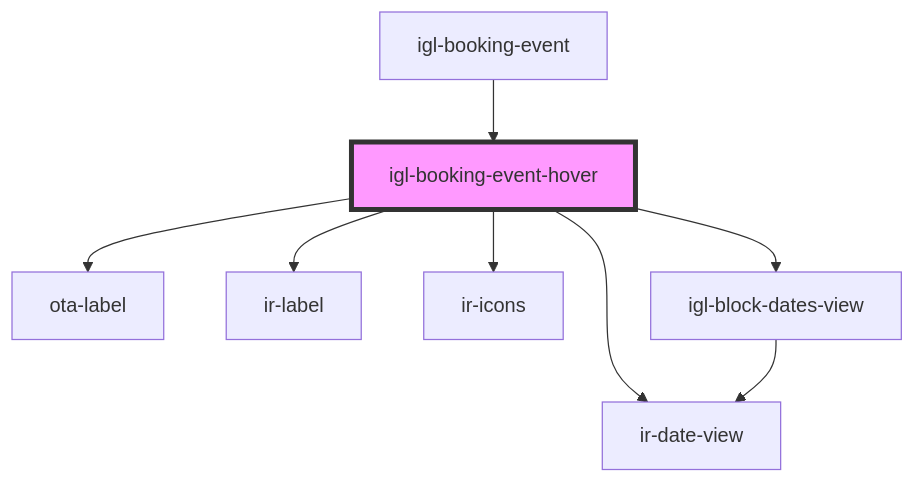
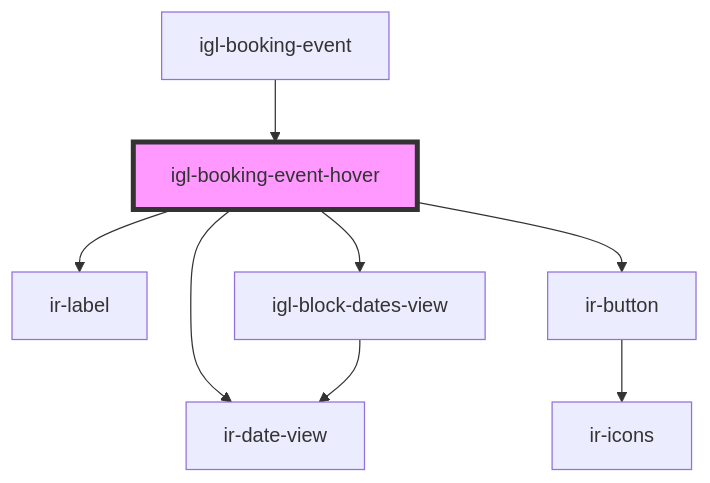
Before and after one commit to RonyRizk/ir-webcmp: the diagram in src/components/igloo-calendar/igl-booking-event-hover/readme.md, drawn with Mermaid. The commit also changed other lines of this file and 293 other files, not shown here.

````diff
--- a/src/components/igloo-calendar/igl-booking-event-hover/readme.md
+++ b/src/components/igloo-calendar/igl-booking-event-hover/readme.md
@@ -44,11 +44,11 @@
 ```mermaid
 graph TD;
-  igl-booking-event-hover --> ota-label
   igl-booking-event-hover --> ir-date-view
   igl-booking-event-hover --> ir-label
-  igl-booking-event-hover --> ir-icons
+  igl-booking-event-hover --> ir-button
   igl-booking-event-hover --> igl-block-dates-view
+  ir-button --> ir-icons
   igl-block-dates-view --> ir-date-view
   igl-booking-event --> igl-booking-event-hover
   style igl-booking-event-hover fill:#f9f,stroke:#333,stroke-width:4px
 ```
````
